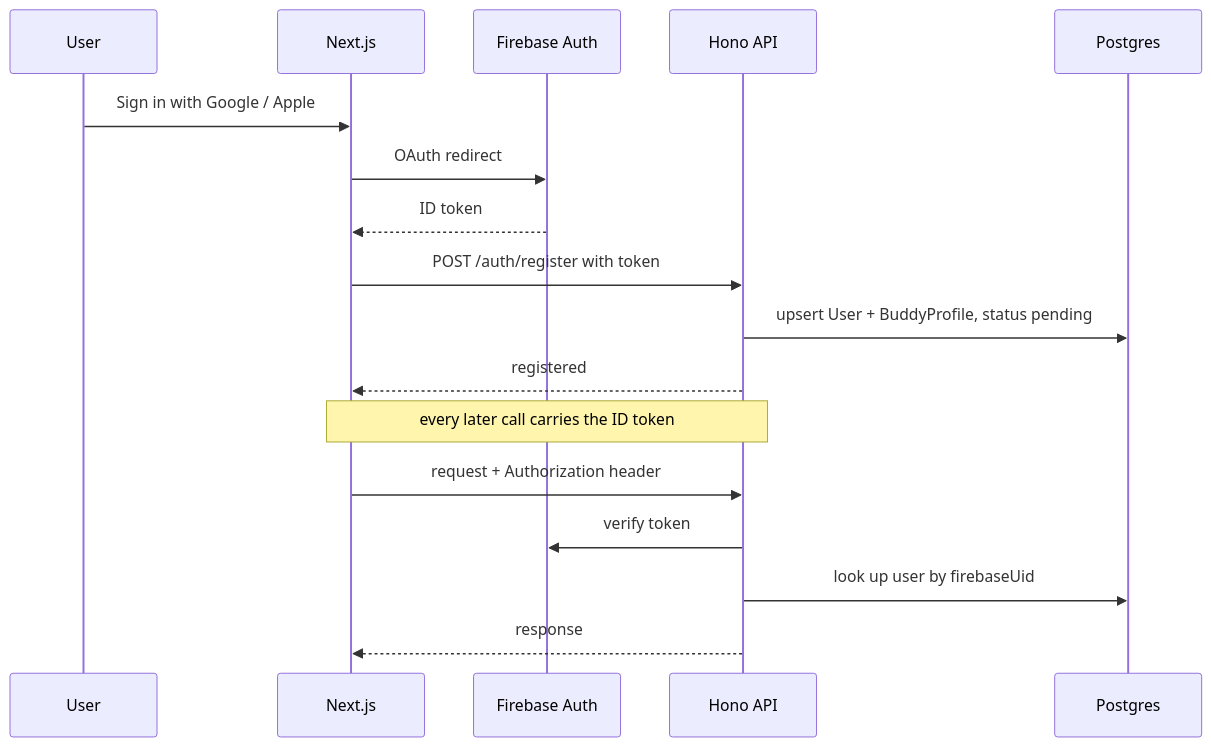
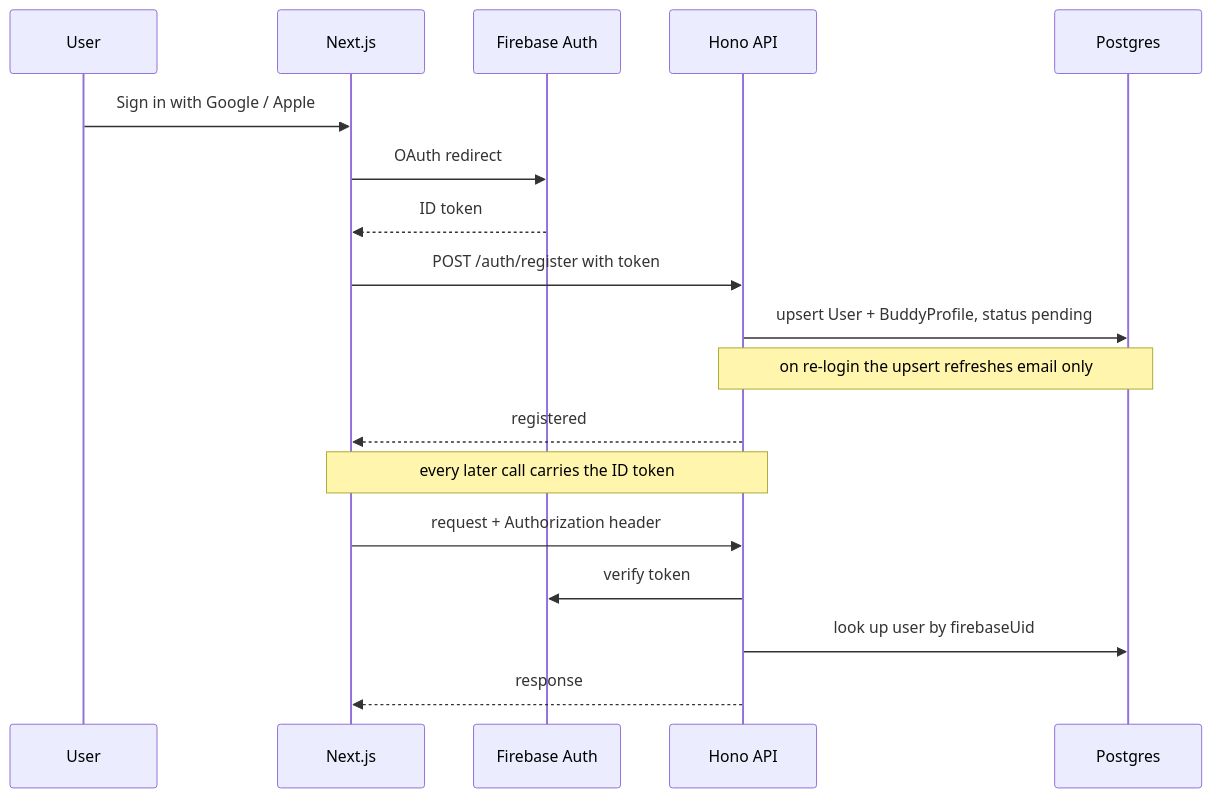
The third of 9 diagrams in docs/architecture.md (Lynns0416/buddy-app-copy), drawn with Mermaid before and after one commit. The commit also changed other lines of this file and 15 other files, not shown here.

````diff
--- a/docs/architecture.md
+++ b/docs/architecture.md
@@ -113,20 +113,21 @@
 ```mermaid
 sequenceDiagram
     participant U as User
     participant W as Next.js
     participant F as Firebase Auth
     participant A as Hono API
     participant D as Postgres
 
     U->>W: Sign in with Google / Apple
     W->>F: OAuth redirect
     F-->>W: ID token
     W->>A: POST /auth/register with token
     A->>D: upsert User + BuddyProfile, status pending
+    Note over A,D: on re-login the upsert refreshes email only
     A-->>W: registered
     Note over W,A: every later call carries the ID token
     W->>A: request + Authorization header
     A->>F: verify token
     A->>D: look up user by firebaseUid
     A-->>W: response
 ```
````
